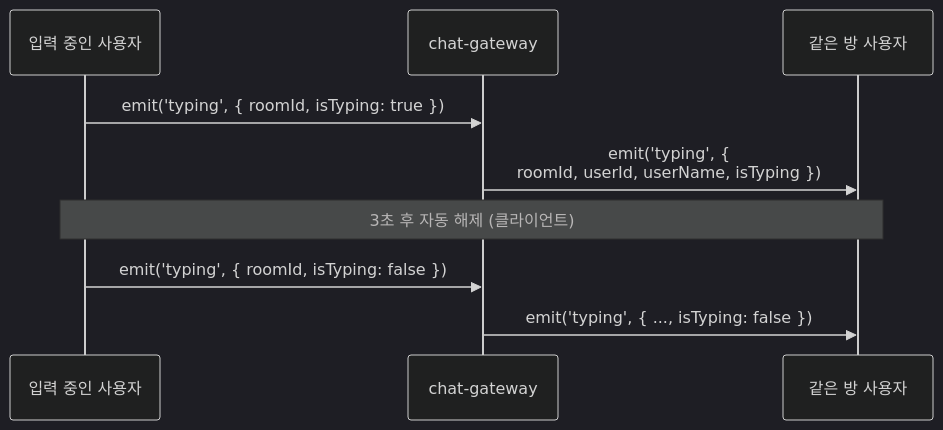
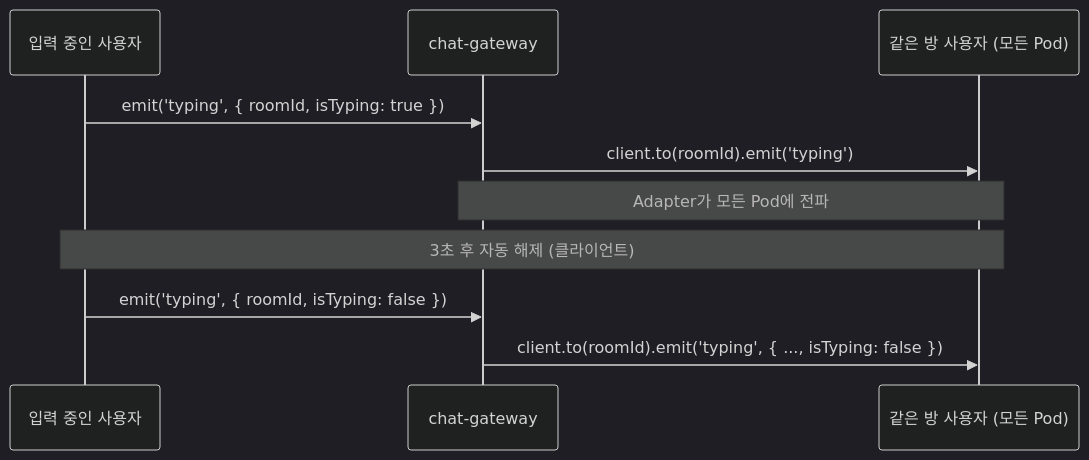
One commit to uniyous/parkgolf-platform changed the tenth of 28 diagrams in docs/CHAT_WORKFLOW.md. Above: the diagram before and after it, drawn with Mermaid (dark theme). The commit also changed other lines of this file, not shown here.

````diff
--- a/docs/CHAT_WORKFLOW.md
+++ b/docs/CHAT_WORKFLOW.md
@@ -246,15 +320,15 @@
 ```mermaid
 sequenceDiagram
     participant Typer as 입력 중인 사용자
     participant Gateway as chat-gateway
-    participant Others as 같은 방 사용자
+    participant Others as 같은 방 사용자 (모든 Pod)
 
     Typer->>Gateway: emit('typing', { roomId, isTyping: true })
-
-    Gateway->>Others: emit('typing', {<br/>roomId, userId, userName, isTyping })
+    Gateway->>Others: client.to(roomId).emit('typing')
+    Note over Gateway,Others: Adapter가 모든 Pod에 전파
 
     Note over Typer,Others: 3초 후 자동 해제 (클라이언트)
 
     Typer->>Gateway: emit('typing', { roomId, isTyping: false })
-    Gateway->>Others: emit('typing', { ..., isTyping: false })
+    Gateway->>Others: client.to(roomId).emit('typing', { ..., isTyping: false })
 ```
````
